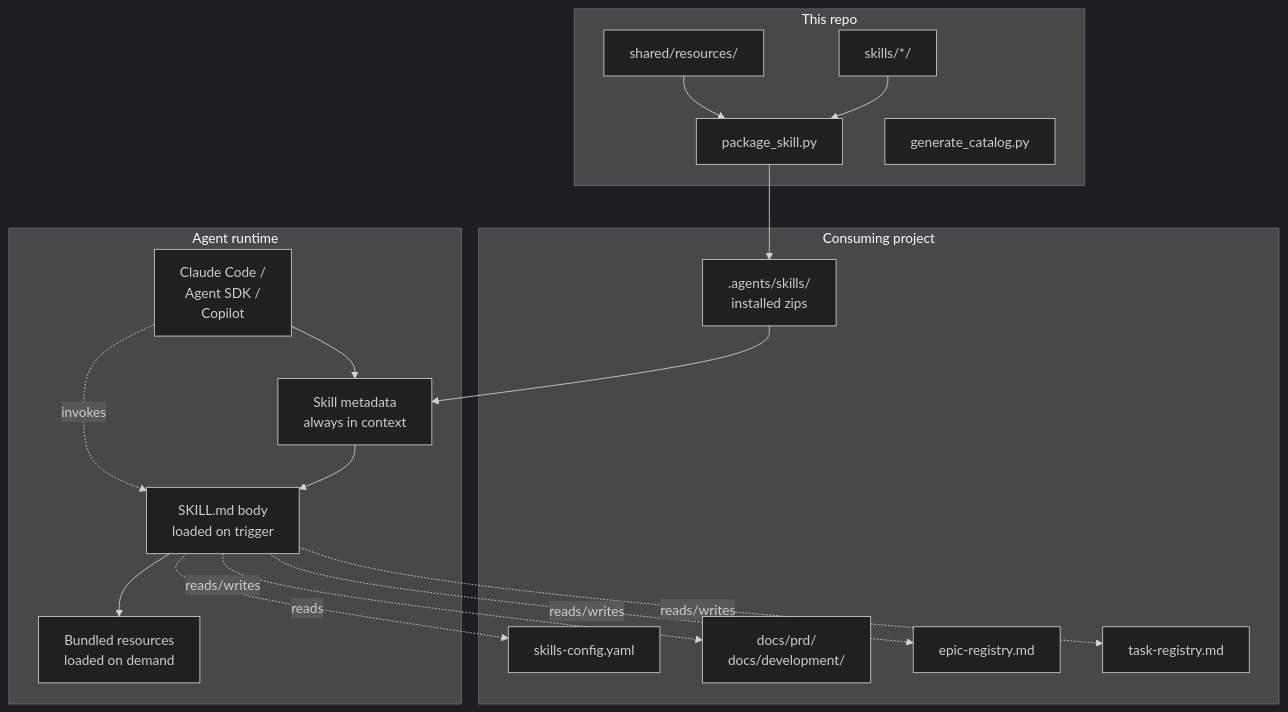
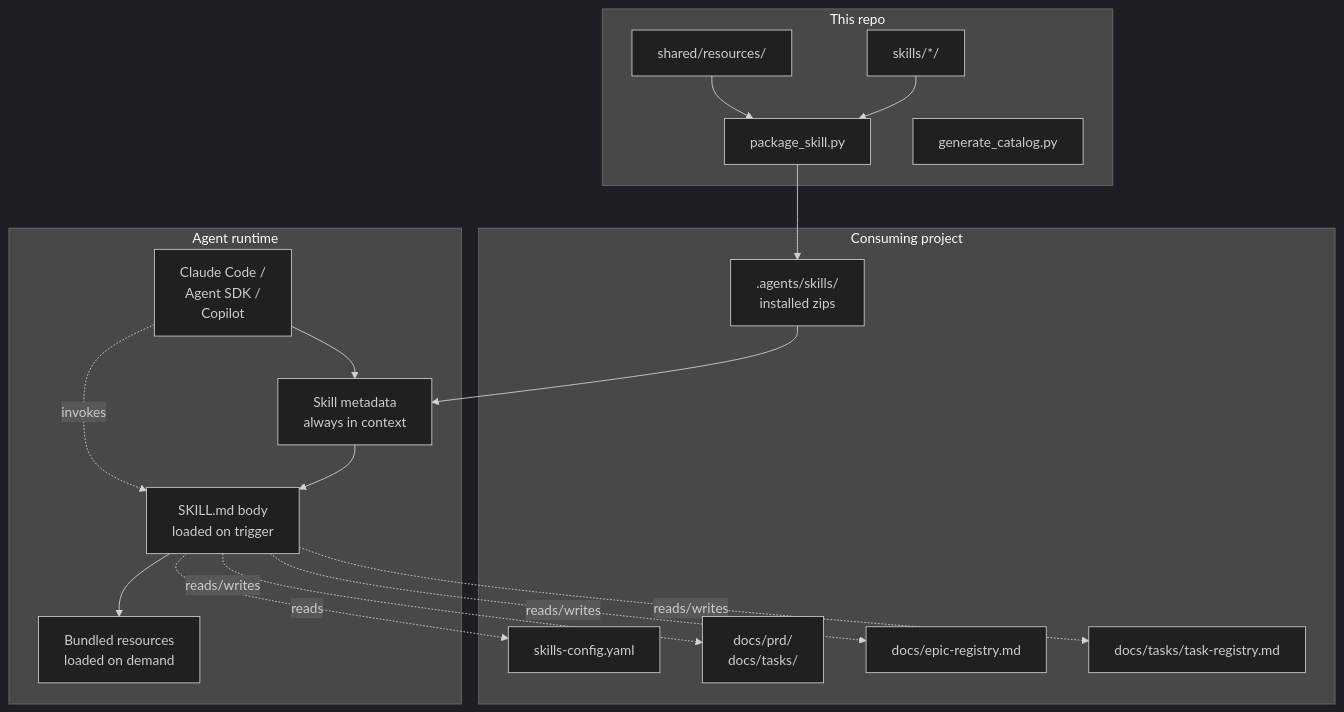
The first of 6 diagrams in docs/concepts/architecture.md (Gamaroff/agent-skills), drawn with Mermaid (dark theme) before and after one commit. The commit also changed 419 other files, not shown here.

First line of the commit message:
refactor(docs): migrate task path docs/development/tasks → docs/tasks

````diff
--- a/docs/concepts/architecture.md
+++ b/docs/concepts/architecture.md
@@ -9,39 +9,39 @@
 ```mermaid
 flowchart TB
     subgraph CP[Consuming project]
         SC[skills-config.yaml]
         AS[.agents/skills/<br/>installed zips]
-        PJD[docs/prd/<br/>docs/development/]
-        ER[epic-registry.md]
-        TR[task-registry.md]
+        PJD[docs/prd/<br/>docs/tasks/]
+        ER[docs/epic-registry.md]
+        TR[docs/tasks/task-registry.md]
     end
 
     subgraph AGENT[Agent runtime]
         AGN[Claude Code /<br/>Agent SDK /<br/>Copilot]
         MD[Skill metadata<br/>always in context]
         SK[SKILL.md body<br/>loaded on trigger]
         RS[Bundled resources<br/>loaded on demand]
     end
 
     subgraph LIB[This repo]
         SRC[skills/*/]
         SHR[shared/resources/]
         PKG[package_skill.py]
         CAT[generate_catalog.py]
     end
 
     SRC --> PKG
     SHR --> PKG
     PKG --> AS
 
     AS --> MD
     MD --> SK
     SK --> RS
 
     AGN --> MD
     AGN -.invokes.-> SK
     SK -.reads/writes.-> PJD
     SK -.reads.-> SC
     SK -.reads/writes.-> ER
     SK -.reads/writes.-> TR
 ```
````
